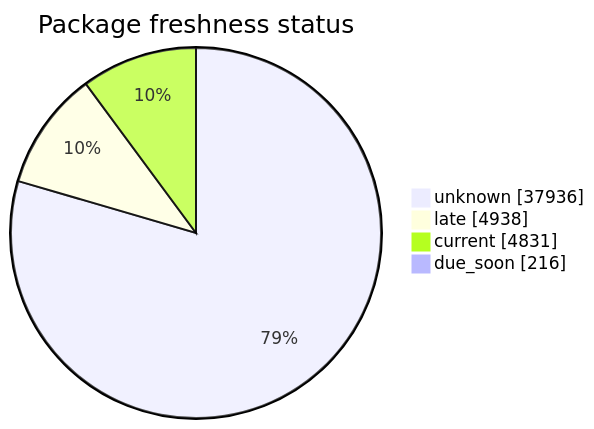
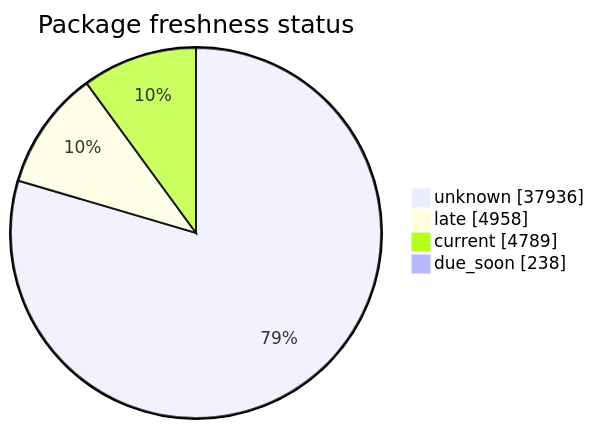
One commit to open-data/analytics-corporate-reporting changed the second of 5 diagrams in FreshCheck/README.md. Above: the diagram before and after it, drawn with Mermaid. The commit also changed other lines of this file and 3 other files, not shown here.

````diff
--- a/FreshCheck/README.md
+++ b/FreshCheck/README.md
@@ -68,7 +68,7 @@
 ```mermaid
 pie showData title Package freshness status
     "unknown": 37936
-    "late": 4938
-    "current": 4831
-    "due_soon": 216
+    "late": 4958
+    "current": 4789
+    "due_soon": 238
 ```
````
